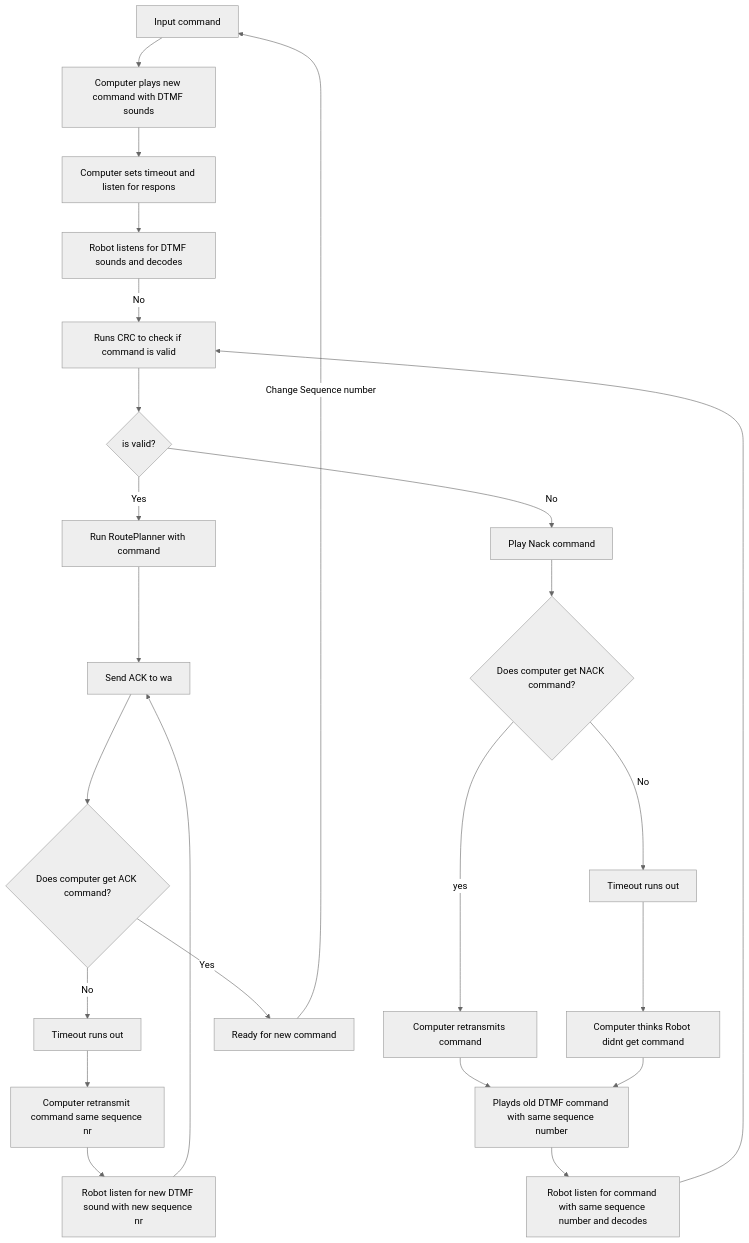
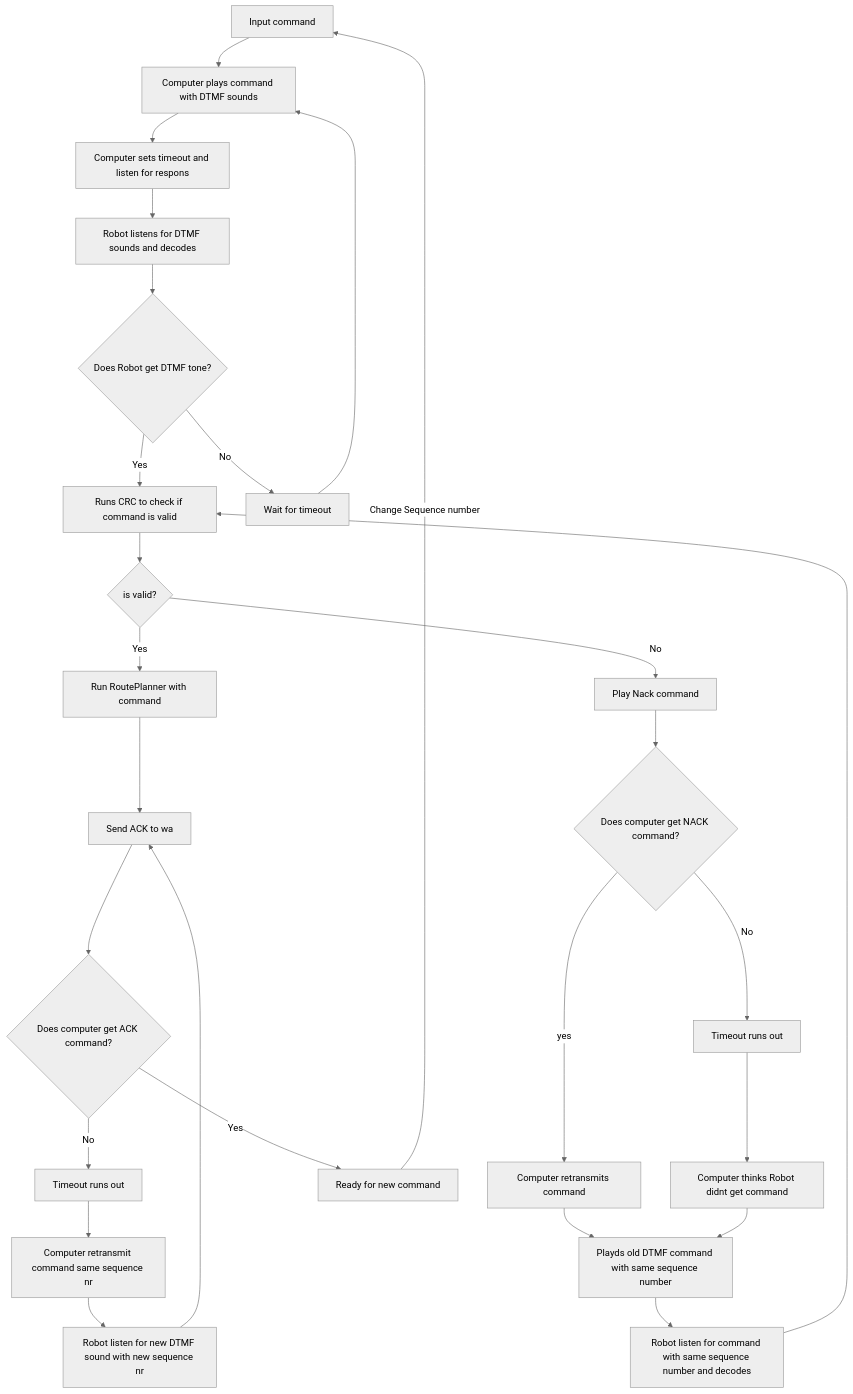
Before and after one commit to RasKil02/Semesterproject_3_Mobile_Robot_Systems: the diagram in ProtocolSpeaker_connection/Flowchart_IdeDesign_Protocol.md, drawn with Mermaid (neutral theme).

Commit message:
Færdige protokol model

````diff
--- a/ProtocolSpeaker_connection/Flowchart_IdeDesign_Protocol.md
+++ b/ProtocolSpeaker_connection/Flowchart_IdeDesign_Protocol.md
@@ -1,32 +1,36 @@
 ```mermaid
+
 flowchart TD
-    A[Input command] --> B[Computer plays new command with DTMF sounds]
+    A[Input command] --> B[Computer plays command with DTMF sounds]
     B --> C[Computer sets timeout and listen for respons]
 
     C --> D[Robot listens for DTMF sounds and decodes]
-    D --> |No| E[Runs CRC to check if command is valid]
-    E --> F{is valid?}
+    D --> E{Does Robot get DTMF tone?}
+    E --> |Yes| V[Runs CRC to check if command is valid]
+    E --> |No| W[Wait for timeout]
+    W --> B
+    V --> F{is valid?}
     F --> |Yes| G[Run RoutePlanner with command]
     G --> H[Send ACK to wa]
     F --> |No| I[Play Nack command]
     I --> J{Does computer get NACK command?}
     J --> |yes| K[Computer retransmits command]
     K --> L
     
     J --> |No| M[Timeout runs out]
     M --> N[Computer thinks Robot didnt get command]
 
 
     O --> |Change Sequence number| A
     H --> P{Does computer get ACK command?}
     P --> |Yes| O[Ready for new command]
     N --> L[Playds old DTMF command with same sequence number]
     L --> Q[Robot listen for command with same sequence number and decodes]
-    Q --> E
+    Q --> V  
 
     P --> |No| R[Timeout runs out]
     R --> S[Computer retransmit command same sequence nr]
     S --> T[Robot listen for new DTMF sound with new sequence nr]
     T --> H
 
 ```
````
